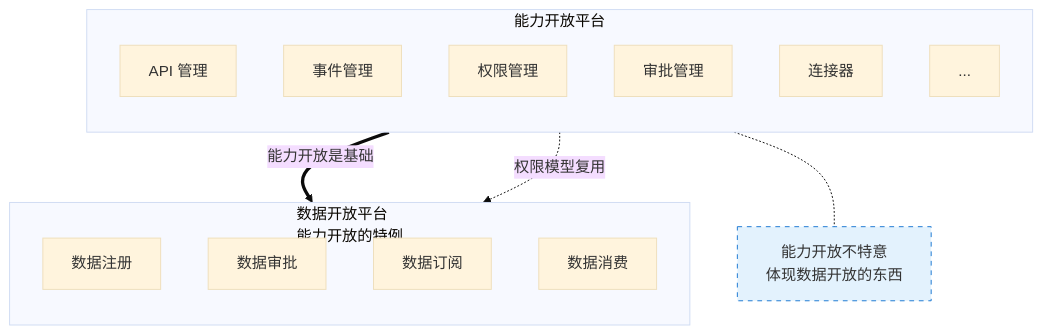
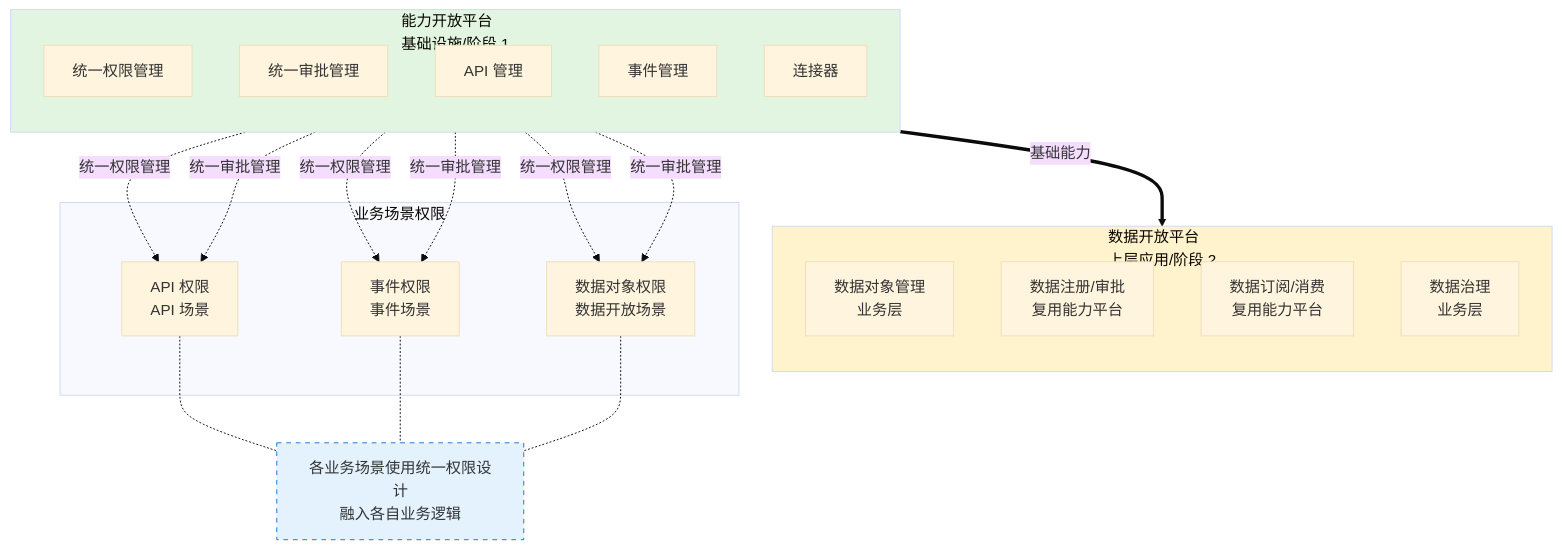
Before and after one commit to THZSummer/Product: diagram 11 of 11 in open-app/.sdd/specs-tree-root/specs-tree-capability-open-platform/discovery-report.md, drawn with Mermaid (base theme). The commit also changed other lines of this file, not shown here.

````diff
--- a/open-app/.sdd/specs-tree-root/specs-tree-capability-open-platform/discovery-report.md
+++ b/open-app/.sdd/specs-tree-root/specs-tree-capability-open-platform/discovery-report.md
@@ -455,27 +460,35 @@
 ```mermaid
 flowchart TB
-    subgraph CapabilityPlatform[能力开放平台]
+    subgraph CapabilityPlatform[能力开放平台<br/>基础设施/阶段 1]
         direction TB
-        C1[API 管理]
-        C2[事件管理]
-        C3[权限管理]
-        C4[审批管理]
+        C1[统一权限管理]
+        C2[统一审批管理]
+        C3[API 管理]
+        C4[事件管理]
         C5[连接器]
-        C6[...]
     end
     
-    subgraph DataPlatform[数据开放平台<br/>能力开放的特例]
+    subgraph DataPlatform[数据开放平台<br/>上层应用/阶段 2]
         direction TB
-        D1[数据注册]
-        D2[数据审批]
-        D3[数据订阅]
-        D4[数据消费]
+        D1[数据对象管理<br/>业务层]
+        D2[数据注册/审批<br/>复用能力平台]
+        D3[数据订阅/消费<br/>复用能力平台]
+        D4[数据治理<br/>业务层]
     end
     
-    CapabilityPlatform ==>|能力开放是基础 | DataPlatform
-    C3 -.->|权限模型复用 | DataPlatform
+    subgraph 业务场景权限
+        S1[API 权限<br/>API 场景]
+        S2[事件权限<br/>事件场景]
+        S3[数据对象权限<br/>数据开放场景]
+    end
     
-    CP_Note[能力开放不特意<br/>体现数据开放的东西]
-    CapabilityPlatform -.- CP_Note
+    CapabilityPlatform ==>|基础能力 | DataPlatform
+    C1 -.->|统一权限管理 | S1 & S2 & S3
+    C2 -.->|统一审批管理 | S1 & S2 & S3
+    
+    CP_Note[各业务场景使用统一权限设计<br/>融入各自业务逻辑]
+    S1 & S2 & S3 -.- CP_Note
     style CP_Note fill:#e3f2fd,stroke:#1976d2,stroke-dasharray: 5 5
+    style CapabilityPlatform fill:#e1f5e1
+    style DataPlatform fill:#fff3cd
 ```
````
